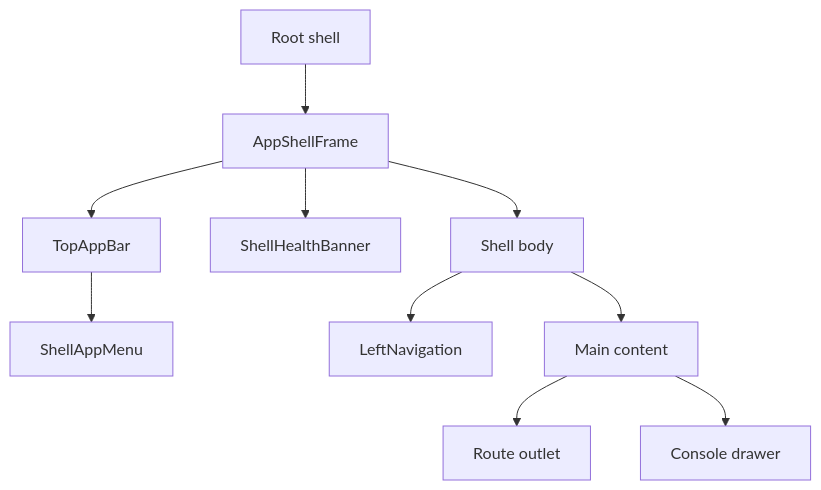
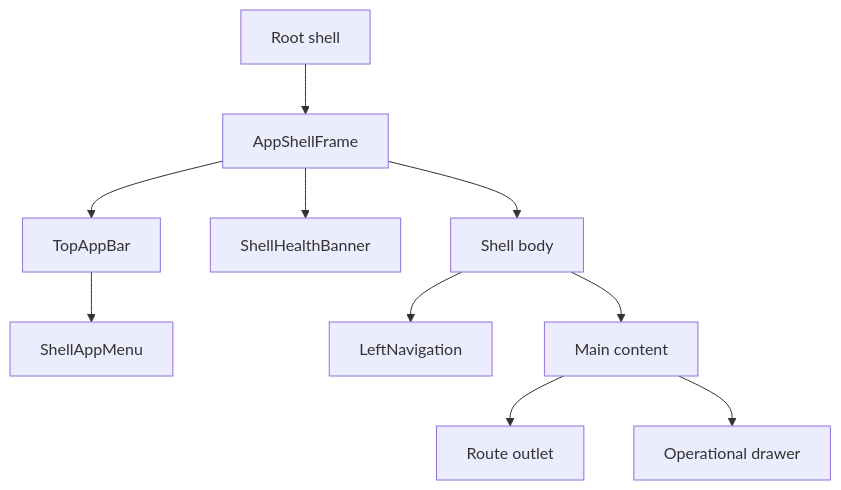
Before and after one commit to dunay2/dvt: the first of 9 diagrams in docs/architecture/components/web/appshell/app-shell.md, drawn with Mermaid. The commit also changed other lines of this file and 43 other files, not shown here.

Commit message:
refactor(web): Canonicalize bottom operational drawer

````diff
--- a/docs/architecture/components/web/appshell/app-shell.md
+++ b/docs/architecture/components/web/appshell/app-shell.md
@@ -39,12 +39,12 @@
 ```mermaid
 flowchart TB
   Root["Root shell"] --> Frame["AppShellFrame"]
   Frame --> TopBar["TopAppBar"]
   TopBar --> AppMenu["ShellAppMenu"]
   Frame --> Health["ShellHealthBanner"]
   Frame --> Body["Shell body"]
   Body --> Nav["LeftNavigation"]
   Body --> Main["Main content"]
   Main --> Outlet["Route outlet"]
-  Main --> Console["Console drawer"]
+  Main --> Operations["Operational drawer"]
 ```
````
